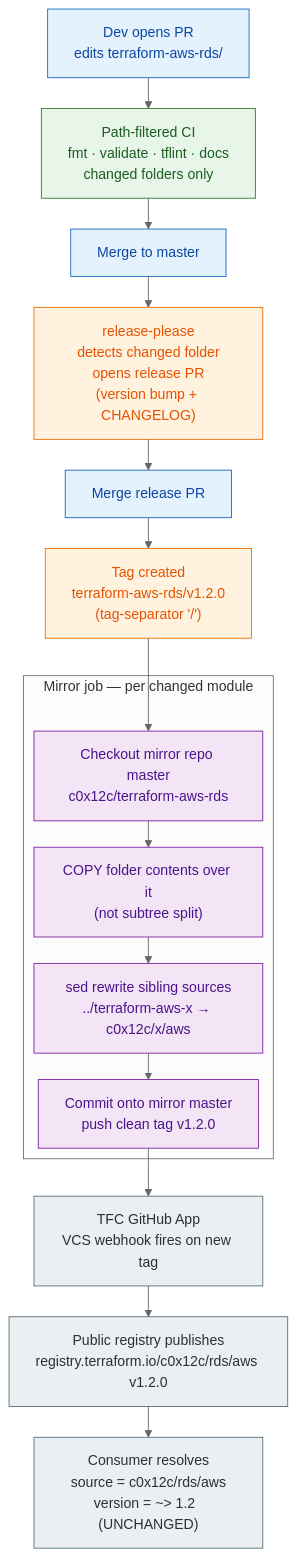
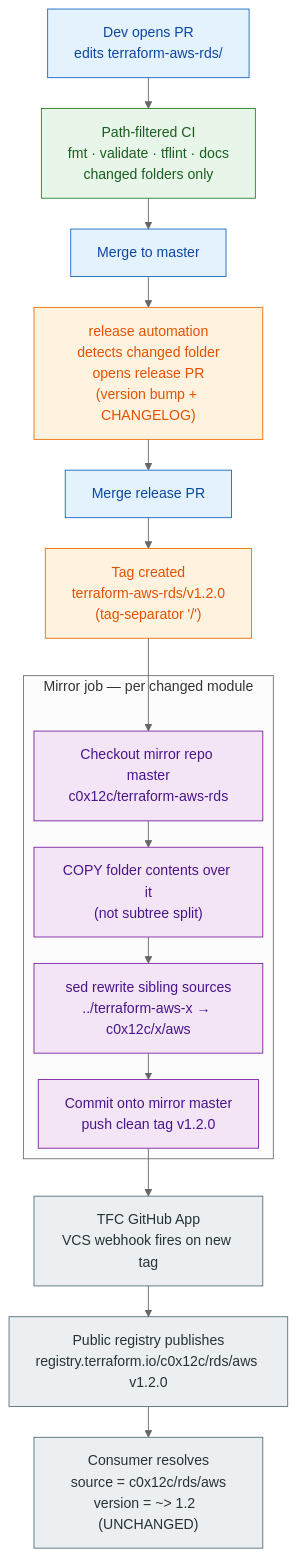
The diagram in docs/decisions/2026-06-06-monorepo-release-flow.md (c0x12c/terraform-modules), drawn with Mermaid (neutral theme) before and after one commit. The commit also changed other lines of this file and 6 other files, not shown here.

Commit message:
docs: standardize release-please terminology to "release automation" (#154)

````diff
--- a/docs/decisions/2026-06-06-monorepo-release-flow.md
+++ b/docs/decisions/2026-06-06-monorepo-release-flow.md
@@ -9,36 +9,36 @@
 ```mermaid
 ---
 config:
   layout: elk
   flowchart:
     curve: stepAfter
 ---
 flowchart TB
   classDef dev fill:#e3f2fd,stroke:#1565c0,color:#0d47a1
   classDef ci fill:#e8f5e9,stroke:#2e7d32,color:#1b5e20
   classDef rel fill:#fff3e0,stroke:#ef6c00,color:#e65100
   classDef mirror fill:#f3e5f5,stroke:#7b1fa2,color:#4a148c
   classDef ext fill:#eceff1,stroke:#546e7a,color:#263238
 
   A["Dev opens PR<br/>edits terraform-aws-rds/"]:::dev
   B["Path-filtered CI<br/>fmt · validate · tflint · docs<br/>changed folders only"]:::ci
   C["Merge to master"]:::dev
 
-  D["release-please<br/>detects changed folder<br/>opens release PR<br/>(version bump + CHANGELOG)"]:::rel
+  D["release automation<br/>detects changed folder<br/>opens release PR<br/>(version bump + CHANGELOG)"]:::rel
   E["Merge release PR"]:::dev
   F["Tag created<br/>terraform-aws-rds/v1.2.0<br/>(tag-separator '/')"]:::rel
 
   subgraph MJ["Mirror job — per changed module"]
     G["Checkout mirror repo master<br/>c0x12c/terraform-aws-rds"]:::mirror
     H["COPY folder contents over it<br/>(not subtree split)"]:::mirror
     I["sed rewrite sibling sources<br/>../terraform-aws-x → c0x12c/x/aws"]:::mirror
     J["Commit onto mirror master<br/>push clean tag v1.2.0"]:::mirror
   end
 
   K["TFC GitHub App<br/>VCS webhook fires on new tag"]:::ext
   L["Public registry publishes<br/>registry.terraform.io/c0x12c/rds/aws v1.2.0"]:::ext
   M["Consumer resolves<br/>source = c0x12c/rds/aws<br/>version = ~> 1.2  (UNCHANGED)"]:::ext
 
   A --> B --> C --> D --> E --> F --> G
   G --> H --> I --> J --> K --> L --> M
 ```
````
